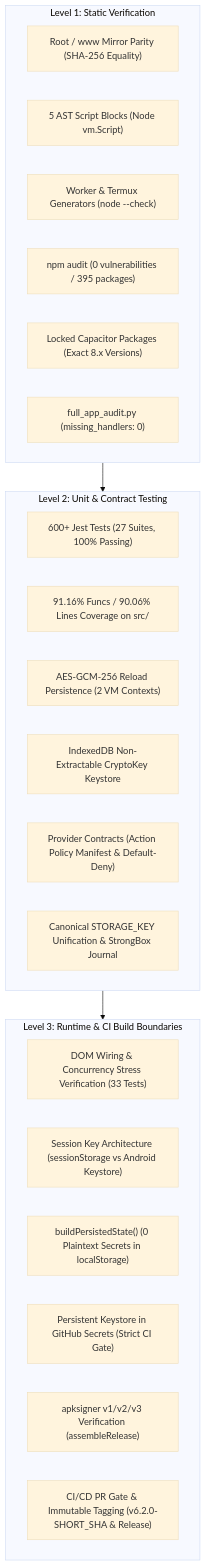
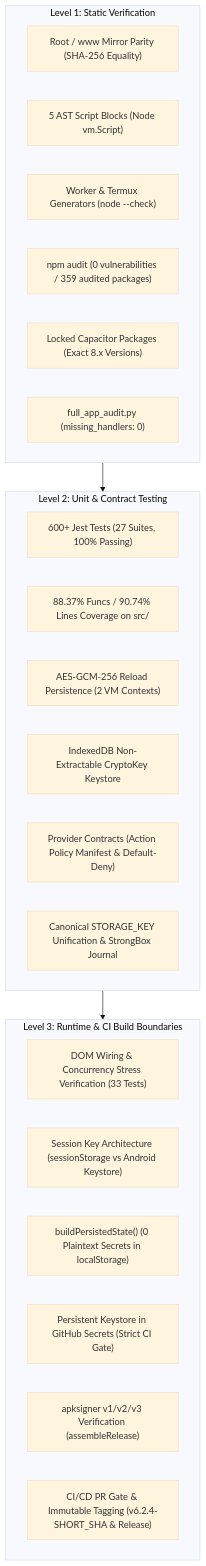
One commit to dicardotr46-max/EG-Nexus-OS changed the first of 2 diagrams in AUDIT_REPORT.md. Above: the diagram before and after it, drawn with Mermaid (base theme). The commit also changed other lines of this file and 29 other files, not shown here.

````diff
--- a/AUDIT_REPORT.md
+++ b/AUDIT_REPORT.md
@@ -21,32 +21,32 @@
 ```mermaid
 flowchart TD
     subgraph LEVEL_1["Level 1: Static Verification"]
         PARITY["Root / www Mirror Parity (SHA-256 Equality)"]
         AST["5 AST Script Blocks (Node vm.Script)"]
         TMPL["Worker & Termux Generators (node --check)"]
-        NPM["npm audit (0 vulnerabilities / 395 packages)"]
+        NPM["npm audit (0 vulnerabilities / 359 audited packages)"]
         PINS["Locked Capacitor Packages (Exact 8.x Versions)"]
         PARSER["full_app_audit.py (missing_handlers: 0)"]
     end
 
     subgraph LEVEL_2["Level 2: Unit & Contract Testing"]
         JEST["600+ Jest Tests (27 Suites, 100% Passing)"]
-        COV["91.16% Funcs / 90.06% Lines Coverage on src/"]
+        COV["88.37% Funcs / 90.74% Lines Coverage on src/"]
         RELOAD["AES-GCM-256 Reload Persistence (2 VM Contexts)"]
         IDB_KEY["IndexedDB Non-Extractable CryptoKey Keystore"]
         PROVIDER["Provider Contracts (Action Policy Manifest & Default-Deny)"]
         STORAGE_UNIF["Canonical STORAGE_KEY Unification & StrongBox Journal"]
     end
 
     subgraph LEVEL_3["Level 3: Runtime & CI Build Boundaries"]
         DOM_WIRING["DOM Wiring & Concurrency Stress Verification (33 Tests)"]
         SESSION["Session Key Architecture (sessionStorage vs Android Keystore)"]
         STRIP["buildPersistedState() (0 Plaintext Secrets in localStorage)"]
         SECRETS_GATE["Persistent Keystore in GitHub Secrets (Strict CI Gate)"]
         SIGN["apksigner v1/v2/v3 Verification (assembleRelease)"]
-        GATE["CI/CD PR Gate & Immutable Tagging (v6.2.0-SHORT_SHA & Release)"]
+        GATE["CI/CD PR Gate & Immutable Tagging (v6.2.4-SHORT_SHA & Release)"]
     end
 
     LEVEL_1 --> LEVEL_2
     LEVEL_2 --> LEVEL_3
 ```
````
